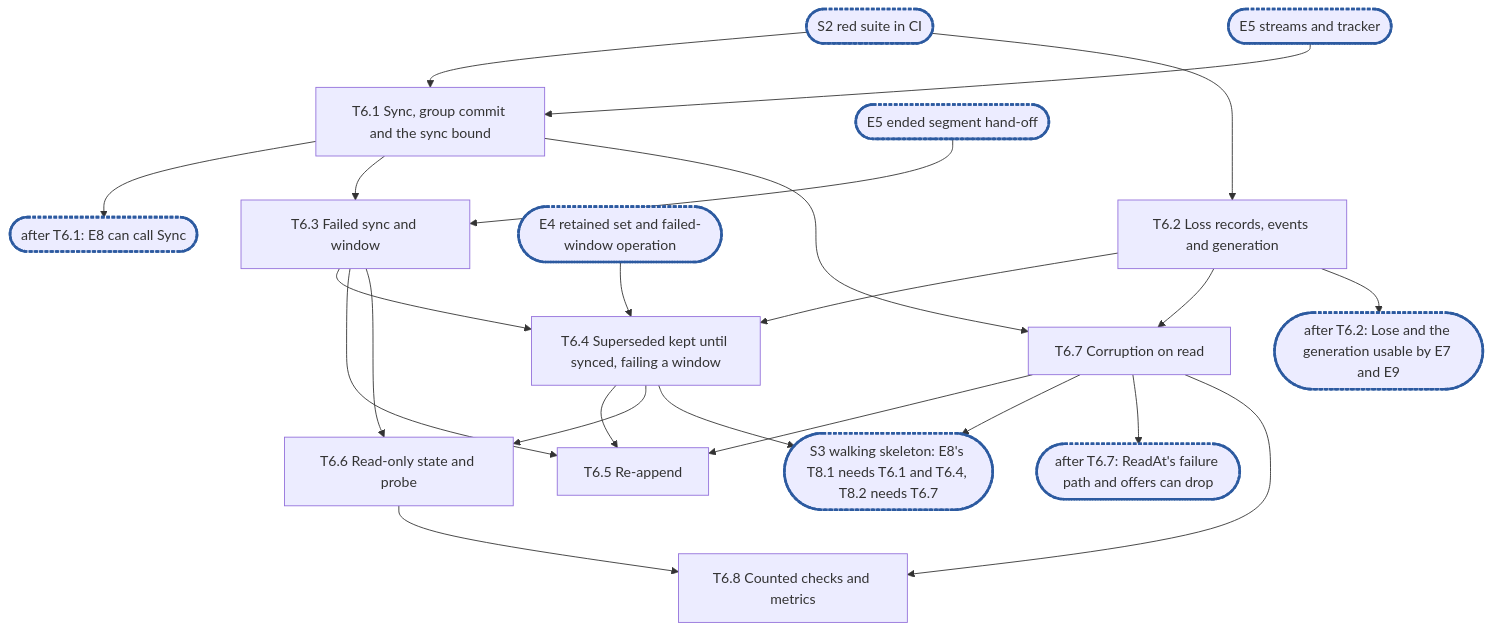
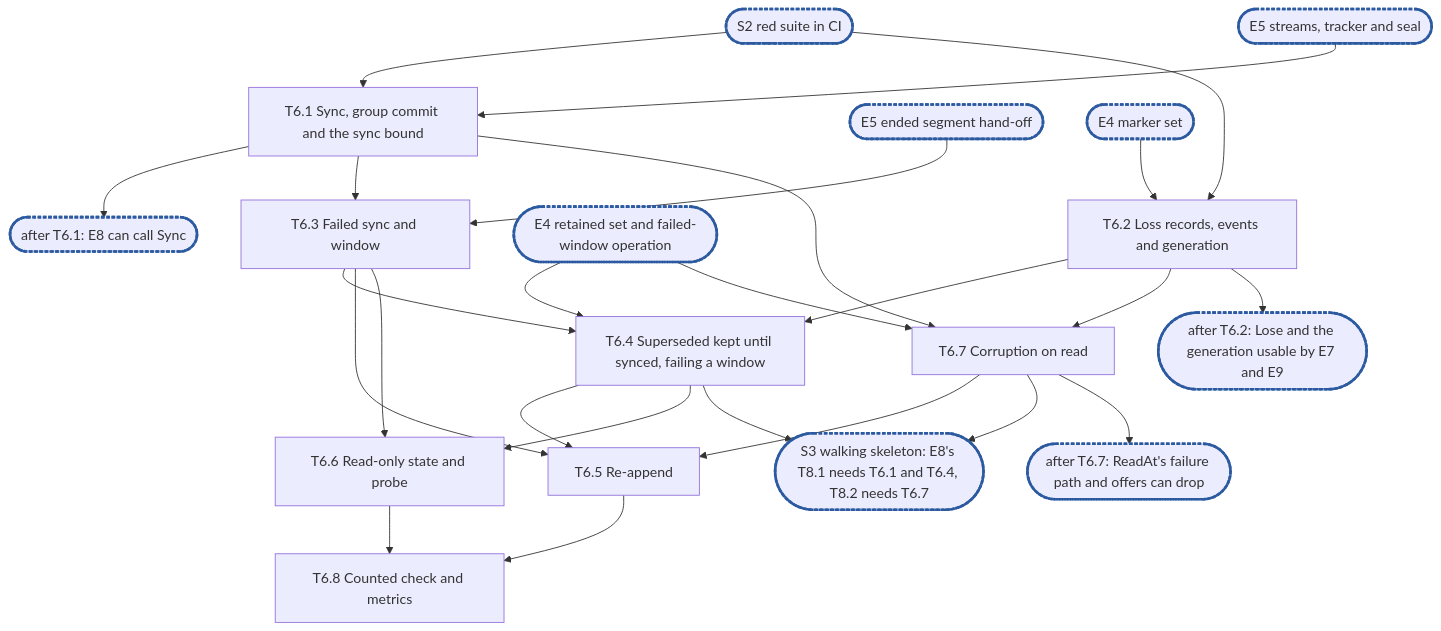
One commit to marmos91/dittofs changed the diagram in docs/internals/planning/rfc-1-journal-epic6.md. Above: the diagram before and after it, drawn with Mermaid. The commit also changed other lines of this file and 4 other files, not shown here.

````diff
--- a/docs/internals/planning/rfc-1-journal-epic6.md
+++ b/docs/internals/planning/rfc-1-journal-epic6.md
@@ -965,26 +1080,28 @@
 ```mermaid
 flowchart TD
   S2(["S2 red suite in CI"]):::sync --> T1["T6.1 Sync, group commit and the sync bound"]
   S2 --> T2["T6.2 Loss records, events and generation"]
-  E5s(["E5 streams and tracker"]):::sync --> T1
+  E5s(["E5 streams, tracker and seal"]):::sync --> T1
   E5e(["E5 ended segment hand-off"]):::sync --> T3
   E4r(["E4 retained set and failed-window operation"]):::sync --> T4
+  E4r --> T7
+  E4m(["E4 marker set"]):::sync --> T2
   T1 --> C1(["after T6.1: E8 can call Sync"]):::sync
   T1 --> T3["T6.3 Failed sync and window"]
   T2 --> T4["T6.4 Superseded kept until synced, failing a window"]
   T3 --> T4
   T3 --> T5["T6.5 Re-append"]
   T4 --> T5
   T3 --> T6["T6.6 Read-only state and probe"]
   T4 --> T6
   T1 --> T7["T6.7 Corruption on read"]
   T2 --> T7
   T7 --> T5
   T2 --> C2(["after T6.2: Lose and the generation usable by E7 and E9"]):::sync
   T4 --> S3(["S3 walking skeleton: E8's T8.1 needs T6.1 and T6.4, T8.2 needs T6.7"]):::sync
   T7 --> S3
   T7 --> C3(["after T6.7: ReadAt's failure path and offers can drop"]):::sync
-  T6 --> T8["T6.8 Counted checks and metrics"]
-  T7 --> T8
+  T6 --> T8["T6.8 Counted check and metrics"]
+  T5 --> T8
   classDef sync stroke:#2c5aa0,stroke-width:3px,stroke-dasharray:4 2
 ```
````
